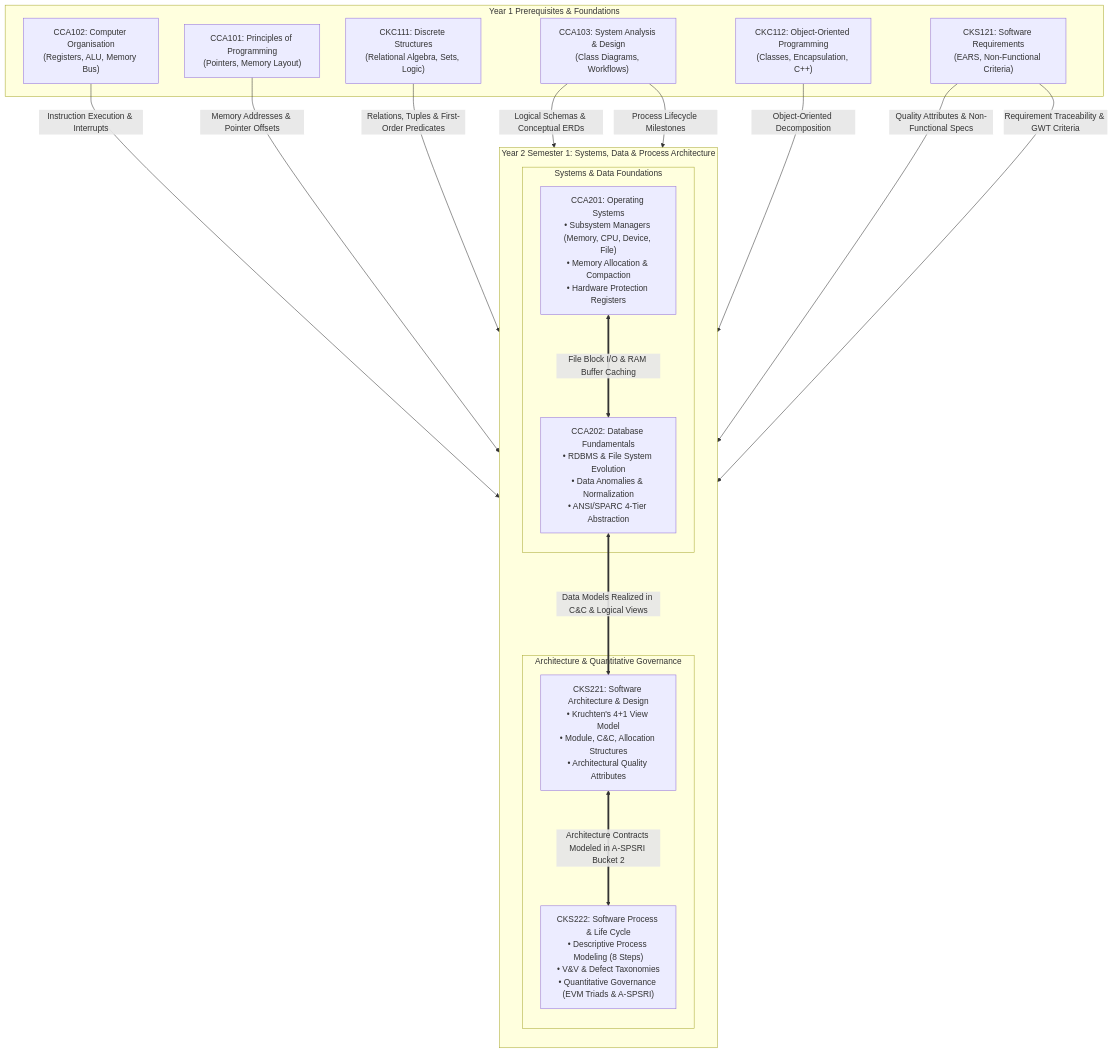
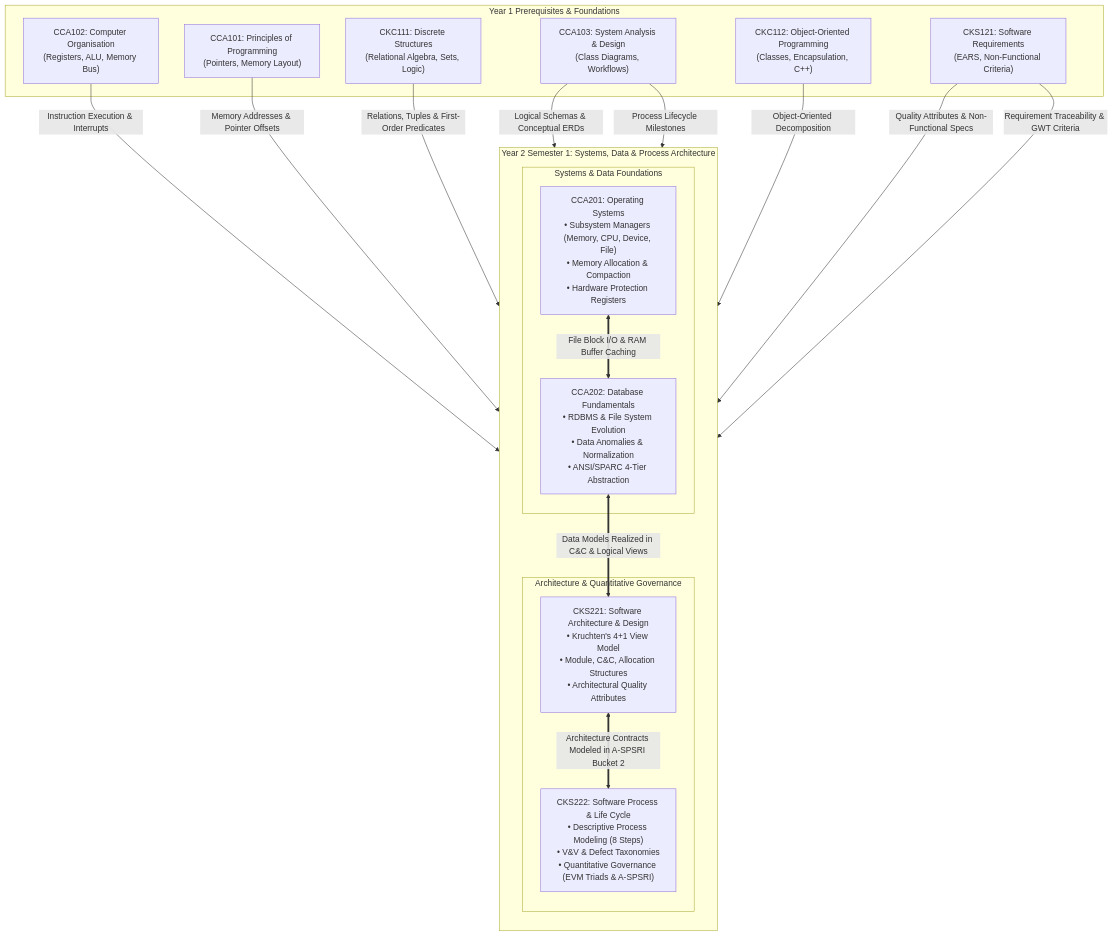
Before and after one commit to Fake1Doge/Obsidian-notes: the first of 6 diagrams in knowledge_Y2.md, drawn with Mermaid.

Commit message:
vault backup: 2026-10-19 12:25:03

````diff
--- a/knowledge_Y2.md
+++ b/knowledge_Y2.md
@@ -38,37 +38,37 @@
 ```mermaid
 flowchart TD
     subgraph Y1_Foundations ["Year 1 Prerequisites & Foundations"]
         CCA102["CCA102: Computer Organisation<br/>(Registers, ALU, Memory Bus)"]
         CCA101["CCA101: Principles of Programming<br/>(Pointers, Memory Layout)"]
         CKC111["CKC111: Discrete Structures<br/>(Relational Algebra, Sets, Logic)"]
         CCA103["CCA103: System Analysis & Design<br/>(Class Diagrams, Workflows)"]
         CKC112["CKC112: Object-Oriented Programming<br/>(Classes, Encapsulation, C++)"]
         CKS121["CKS121: Software Requirements<br/>(EARS, Non-Functional Criteria)"]
     end
 
     subgraph Y2S1_Core ["Year 2 Semester 1: Systems, Data & Process Architecture"]
         direction TB
         subgraph InfrastructureLayer ["Systems & Data Foundations"]
             CCA201["CCA201: Operating Systems<br/>• Subsystem Managers (Memory, CPU, Device, File)<br/>• Memory Allocation & Compaction<br/>• Hardware Protection Registers"]
             CCA202["CCA202: Database Fundamentals<br/>• RDBMS & File System Evolution<br/>• Data Anomalies & Normalization<br/>• ANSI/SPARC 4-Tier Abstraction"]
         end
 
         subgraph DesignGovernanceLayer ["Architecture & Quantitative Governance"]
             CKS221["CKS221: Software Architecture & Design<br/>• Kruchten's 4+1 View Model<br/>• Module, C&C, Allocation Structures<br/>• Architectural Quality Attributes"]
             CKS222["CKS222: Software Process & Life Cycle<br/>• Descriptive Process Modeling (8 Steps)<br/>• V&V & Defect Taxonomies<br/>• Quantitative Governance (EVM Triads & A-SPSRI)"]
         end
     end
 
     CCA102 -->|Instruction Execution & Interrupts| CCA201
     CCA101 -->|Memory Addresses & Pointer Offsets| CCA201
     CKC111 -->|Relations, Tuples & First-Order Predicates| CCA202
     CCA103 -->|Logical Schemas & Conceptual ERDs| CCA202
     CKC112 -->|Object-Oriented Decomposition| CKS221
     CKS121 -->|Quality Attributes & Non-Functional Specs| CKS221
     CKS121 -->|Requirement Traceability & GWT Criteria| CKS222
     CCA103 -->|Process Lifecycle Milestones| CKS222
 
-    CCA201 <===>|File Block I/O & RAM Buffer Caching| CCA202
-    CCA202 <===>|Data Models Realized in C&C & Logical Views| CKS221
-    CKS221 <===>|Architecture Contracts Modeled in A-SPSRI Bucket 2| CKS222
+    CCA201 <==>|File Block I/O & RAM Buffer Caching| CCA202
+    CCA202 <==>|Data Models Realized in C&C & Logical Views| CKS221
+    CKS221 <==>|Architecture Contracts Modeled in A-SPSRI Bucket 2| CKS222
 ```
````
